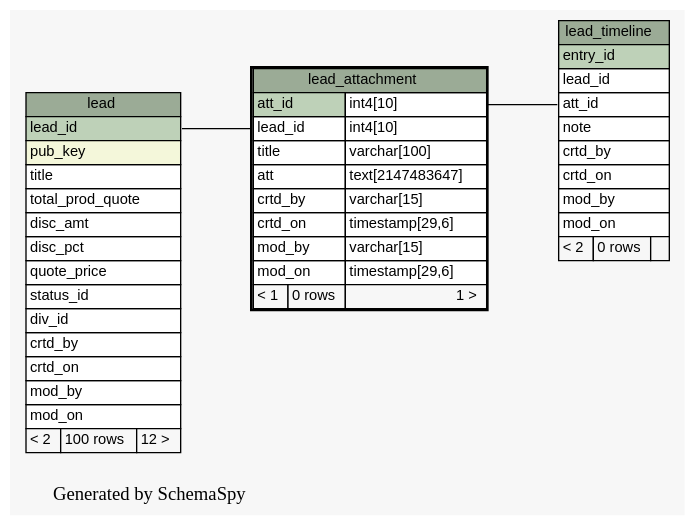
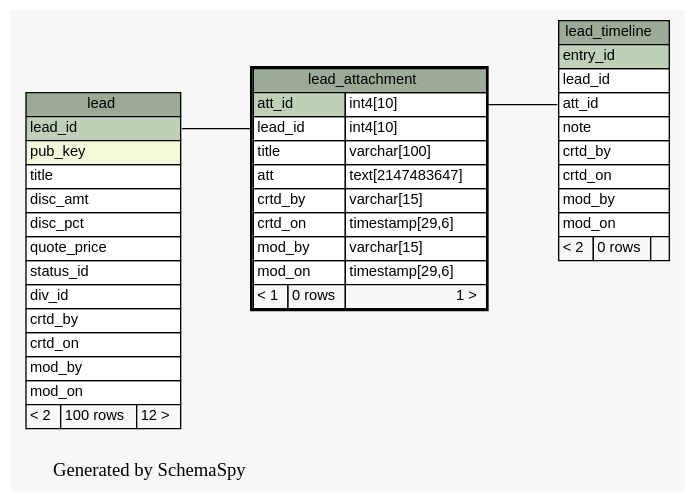
The diagram in docs/database/schemaspy/graphs/lead_attachment.1degree.dot (engineerscraft/salesforce), drawn with Graphviz before and after one commit. The commit also changed 206 other files, not shown here.

```diff
--- a/docs/database/schemaspy/graphs/lead_attachment.1degree.dot
+++ b/docs/database/schemaspy/graphs/lead_attachment.1degree.dot
@@ -1,75 +1,74 @@
 // dot 2.38.0 on Windows 7 6.1
 digraph "oneDegreeRelationshipsGraph" {
   graph [
     rankdir="RL"
     bgcolor="#f7f7f7"
     label="\nGenerated by SchemaSpy"
     labeljust="l"
   ];
   node [
     fontname="Helvetica"
     fontsize="11"
     shape="plaintext"
   ];
   edge [
     arrowsize="0.8"
   ];
   "lead_attachment":"lead_id":w -> "lead":"lead_id":e [arrowtail=crowtee arrowhead=none];
   "lead_timeline":"att_id":w -> "lead_attachment":"att_id.type":e [arrowtail=crowodot arrowhead=none];
   "lead" [
     label=<
     <TABLE BORDER="0" CELLBORDER="1" CELLSPACING="0" BGCOLOR="#ffffff">
       <TR><TD PORT="lead.heading" COLSPAN="3" BGCOLOR="#9bab96" ALIGN="CENTER">lead</TD></TR>
       <TR><TD PORT="lead_id" COLSPAN="3" BGCOLOR="#bed1b8" ALIGN="LEFT">lead_id</TD></TR>
       <TR><TD PORT="pub_key" COLSPAN="3" BGCOLOR="#f4f7da" ALIGN="LEFT">pub_key</TD></TR>
       <TR><TD PORT="title" COLSPAN="3" ALIGN="LEFT">title</TD></TR>
-      <TR><TD PORT="total_prod_quote" COLSPAN="3" ALIGN="LEFT">total_prod_quote</TD></TR>
       <TR><TD PORT="disc_amt" COLSPAN="3" ALIGN="LEFT">disc_amt</TD></TR>
       <TR><TD PORT="disc_pct" COLSPAN="3" ALIGN="LEFT">disc_pct</TD></TR>
       <TR><TD PORT="quote_price" COLSPAN="3" ALIGN="LEFT">quote_price</TD></TR>
       <TR><TD PORT="status_id" COLSPAN="3" ALIGN="LEFT">status_id</TD></TR>
       <TR><TD PORT="div_id" COLSPAN="3" ALIGN="LEFT">div_id</TD></TR>
       <TR><TD PORT="crtd_by" COLSPAN="3" ALIGN="LEFT">crtd_by</TD></TR>
       <TR><TD PORT="crtd_on" COLSPAN="3" ALIGN="LEFT">crtd_on</TD></TR>
       <TR><TD PORT="mod_by" COLSPAN="3" ALIGN="LEFT">mod_by</TD></TR>
       <TR><TD PORT="mod_on" COLSPAN="3" ALIGN="LEFT">mod_on</TD></TR>
       <TR><TD ALIGN="LEFT" BGCOLOR="#f7f7f7">&lt; 2</TD><TD ALIGN="RIGHT" BGCOLOR="#f7f7f7">100 rows</TD><TD ALIGN="RIGHT" BGCOLOR="#f7f7f7">12 &gt;</TD></TR>
     </TABLE>>
     URL="lead.html#graph"
     tooltip="lead"
   ];
   "lead_attachment" [
     label=<
     <TABLE BORDER="2" CELLBORDER="1" CELLSPACING="0" BGCOLOR="#ffffff">
       <TR><TD PORT="lead_attachment.heading" COLSPAN="3" BGCOLOR="#9bab96" ALIGN="CENTER">lead_attachment</TD></TR>
       <TR><TD PORT="att_id" COLSPAN="2" BGCOLOR="#bed1b8" ALIGN="LEFT">att_id</TD><TD PORT="att_id.type" ALIGN="LEFT">int4[10]</TD></TR>
       <TR><TD PORT="lead_id" COLSPAN="2" ALIGN="LEFT">lead_id</TD><TD PORT="lead_id.type" ALIGN="LEFT">int4[10]</TD></TR>
       <TR><TD PORT="title" COLSPAN="2" ALIGN="LEFT">title</TD><TD PORT="title.type" ALIGN="LEFT">varchar[100]</TD></TR>
       <TR><TD PORT="att" COLSPAN="2" ALIGN="LEFT">att</TD><TD PORT="att.type" ALIGN="LEFT">text[2147483647]</TD></TR>
       <TR><TD PORT="crtd_by" COLSPAN="2" ALIGN="LEFT">crtd_by</TD><TD PORT="crtd_by.type" ALIGN="LEFT">varchar[15]</TD></TR>
       <TR><TD PORT="crtd_on" COLSPAN="2" ALIGN="LEFT">crtd_on</TD><TD PORT="crtd_on.type" ALIGN="LEFT">timestamp[29,6]</TD></TR>
       <TR><TD PORT="mod_by" COLSPAN="2" ALIGN="LEFT">mod_by</TD><TD PORT="mod_by.type" ALIGN="LEFT">varchar[15]</TD></TR>
       <TR><TD PORT="mod_on" COLSPAN="2" ALIGN="LEFT">mod_on</TD><TD PORT="mod_on.type" ALIGN="LEFT">timestamp[29,6]</TD></TR>
       <TR><TD ALIGN="LEFT" BGCOLOR="#f7f7f7">&lt; 1</TD><TD ALIGN="RIGHT" BGCOLOR="#f7f7f7">0 rows</TD><TD ALIGN="RIGHT" BGCOLOR="#f7f7f7">1 &gt;</TD></TR>
     </TABLE>>
     URL="lead_attachment.html#"
     tooltip="lead_attachment"
   ];
   "lead_timeline" [
     label=<
     <TABLE BORDER="0" CELLBORDER="1" CELLSPACING="0" BGCOLOR="#ffffff">
       <TR><TD PORT="lead_timeline.heading" COLSPAN="3" BGCOLOR="#9bab96" ALIGN="CENTER">lead_timeline</TD></TR>
       <TR><TD PORT="entry_id" COLSPAN="3" BGCOLOR="#bed1b8" ALIGN="LEFT">entry_id</TD></TR>
       <TR><TD PORT="lead_id" COLSPAN="3" ALIGN="LEFT">lead_id</TD></TR>
       <TR><TD PORT="att_id" COLSPAN="3" ALIGN="LEFT">att_id</TD></TR>
       <TR><TD PORT="note" COLSPAN="3" ALIGN="LEFT">note</TD></TR>
       <TR><TD PORT="crtd_by" COLSPAN="3" ALIGN="LEFT">crtd_by</TD></TR>
       <TR><TD PORT="crtd_on" COLSPAN="3" ALIGN="LEFT">crtd_on</TD></TR>
       <TR><TD PORT="mod_by" COLSPAN="3" ALIGN="LEFT">mod_by</TD></TR>
       <TR><TD PORT="mod_on" COLSPAN="3" ALIGN="LEFT">mod_on</TD></TR>
       <TR><TD ALIGN="LEFT" BGCOLOR="#f7f7f7">&lt; 2</TD><TD ALIGN="RIGHT" BGCOLOR="#f7f7f7">0 rows</TD><TD ALIGN="RIGHT" BGCOLOR="#f7f7f7">  </TD></TR>
     </TABLE>>
     URL="lead_timeline.html#graph"
     tooltip="lead_timeline"
   ];
 }
```
